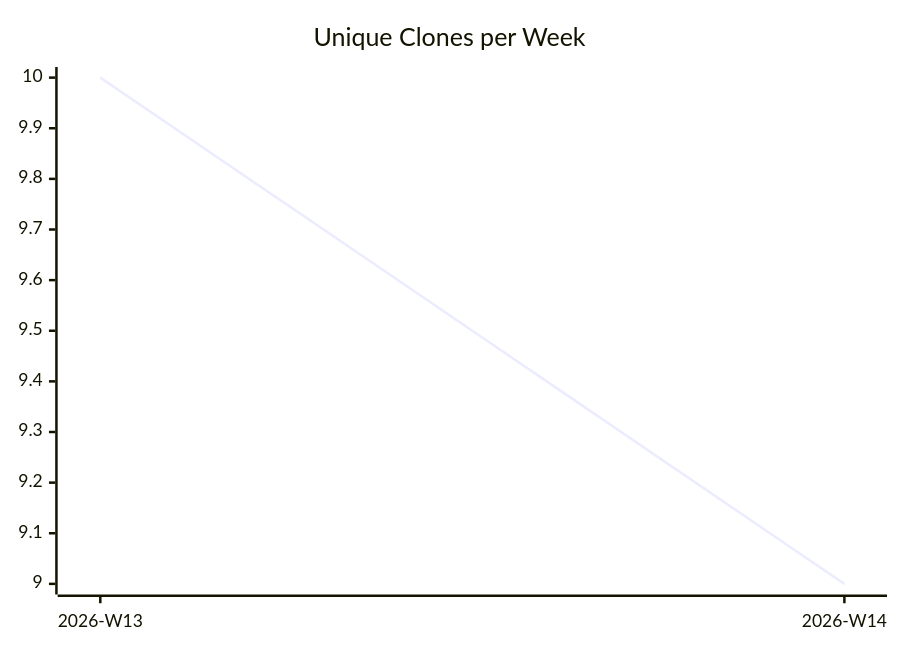
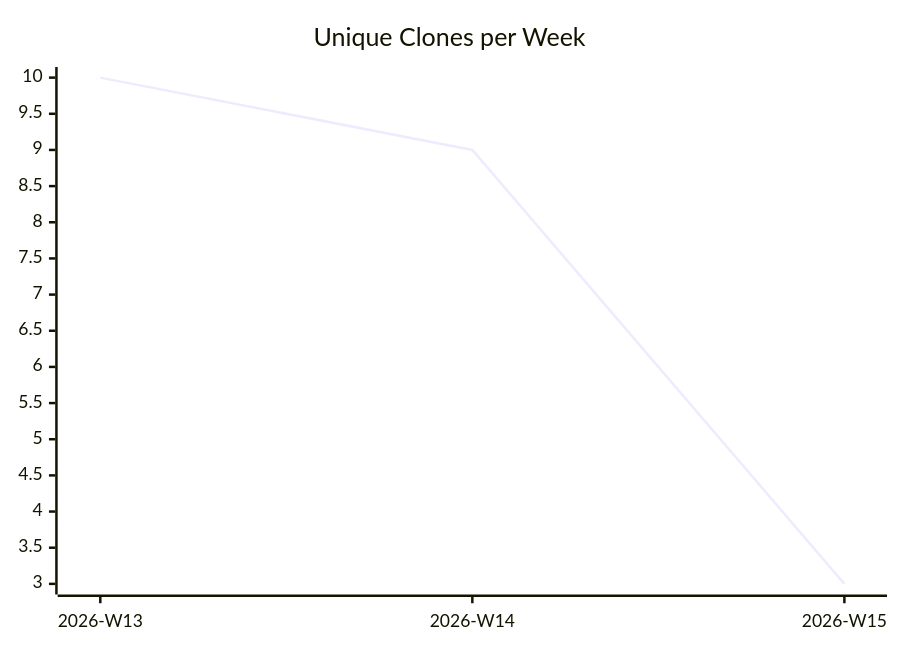
Before and after one commit to justdavis-family/github-analytics-data: the third of 3 diagrams in karlmdavis/usgs-water-api-java/README.md, drawn with Mermaid. The commit also changed other lines of this file and 190 other files, not shown here.

````diff
--- a/karlmdavis/usgs-water-api-java/README.md
+++ b/karlmdavis/usgs-water-api-java/README.md
@@ -19,6 +19,6 @@
 ```mermaid
 xychart-beta
   title "Unique Clones per Week"
-  x-axis ["2026-W13", "2026-W14"]
-  line [10, 9]
+  x-axis ["2026-W13", "2026-W14", "2026-W15"]
+  line [10, 9, 3]
 ```
````
